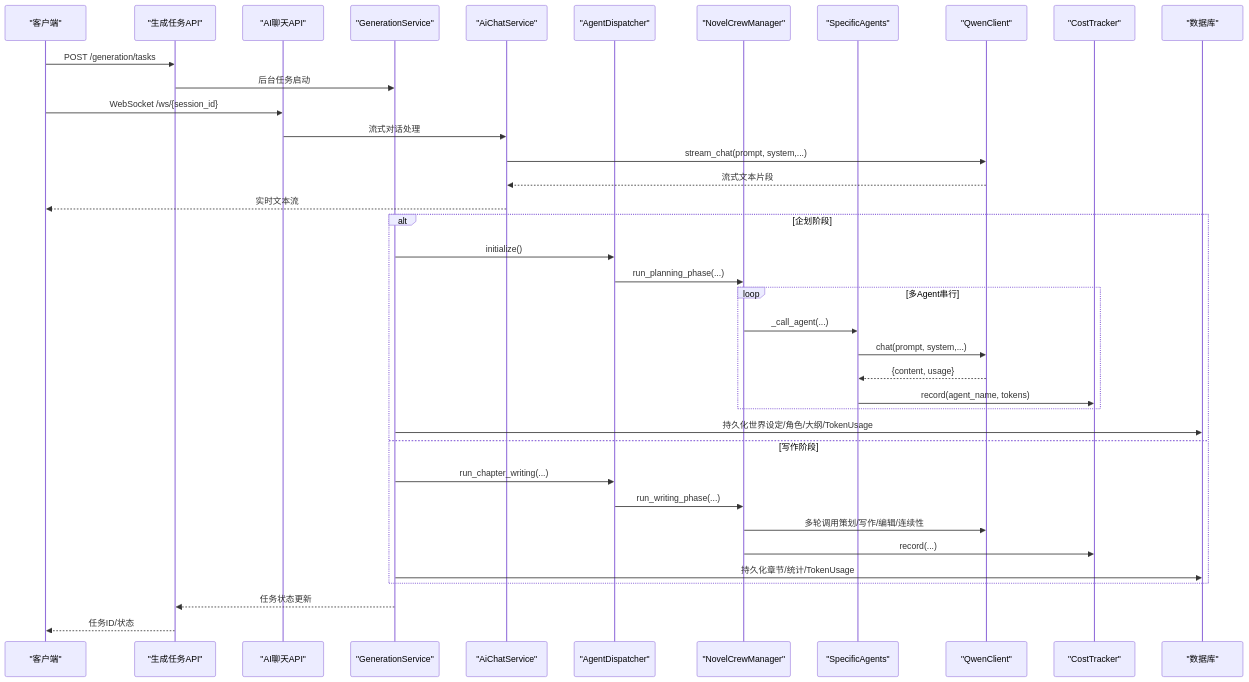
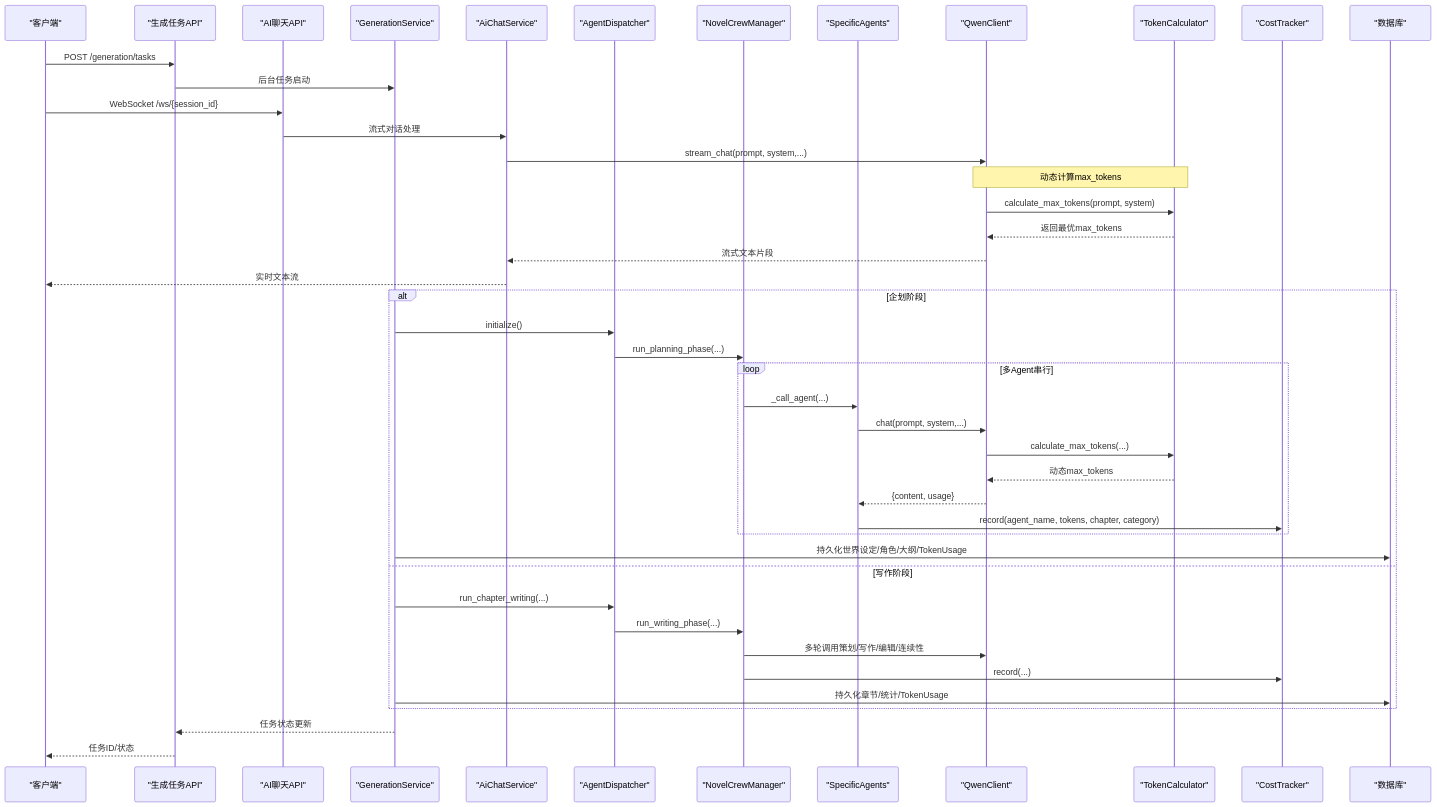
The second of 9 diagrams in .qoder/repowiki/zh/content/LLM集成架构/LLM集成架构.md (xfbyxq/ai-novel-system), drawn with Mermaid before and after one commit. The commit also changed other lines of this file and 3 other files, not shown here.

````diff
--- a/.qoder/repowiki/zh/content/LLM集成架构/LLM集成架构.md
+++ b/.qoder/repowiki/zh/content/LLM集成架构/LLM集成架构.md
@@ -141,40 +149,46 @@
 ```mermaid
 sequenceDiagram
 participant Client as "客户端"
 participant API as "生成任务API"
 participant ChatAPI as "AI聊天API"
 participant Svc as "GenerationService"
 participant ChatSvc as "AiChatService"
 participant Disp as "AgentDispatcher"
 participant Crew as "NovelCrewManager"
 participant Agent as "SpecificAgents"
 participant Q as "QwenClient"
+participant TokenCalc as "TokenCalculator"
 participant Cost as "CostTracker"
 participant DB as "数据库"
 Client->>API : POST /generation/tasks
 API->>Svc : 后台任务启动
 Client->>ChatAPI : WebSocket /ws/{session_id}
 ChatAPI->>ChatSvc : 流式对话处理
 ChatSvc->>Q : stream_chat(prompt, system,...)
+Note over TokenCalc,Q : 动态计算max_tokens
+Q->>TokenCalc : calculate_max_tokens(prompt, system)
+TokenCalc-->>Q : 返回最优max_tokens
 Q-->>ChatSvc : 流式文本片段
 ChatSvc-->>Client : 实时文本流
 alt 企划阶段
 Svc->>Disp : initialize()
 Disp->>Crew : run_planning_phase(...)
 loop 多Agent串行
 Crew->>Agent : _call_agent(...)
 Agent->>Q : chat(prompt, system,...)
+Q->>TokenCalc : calculate_max_tokens(...)
+TokenCalc-->>Q : 动态max_tokens
 Q-->>Agent : {content, usage}
-Agent->>Cost : record(agent_name, tokens)
+Agent->>Cost : record(agent_name, tokens, chapter, category)
 end
 Svc->>DB : 持久化世界设定/角色/大纲/TokenUsage
 else 写作阶段
 Svc->>Disp : run_chapter_writing(...)
 Disp->>Crew : run_writing_phase(...)
 Crew->>Q : 多轮调用策划/写作/编辑/连续性
 Crew->>Cost : record(...)
 Svc->>DB : 持久化章节/统计/TokenUsage
 end
 Svc-->>API : 任务状态更新
 API-->>Client : 任务ID/状态
 ```
````
